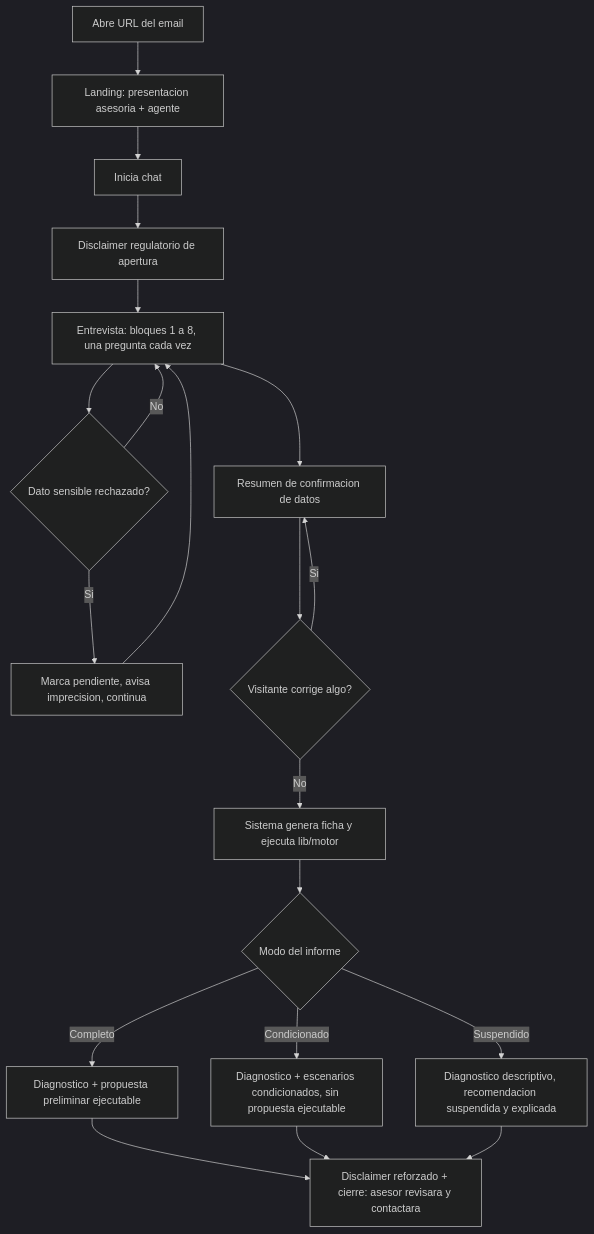
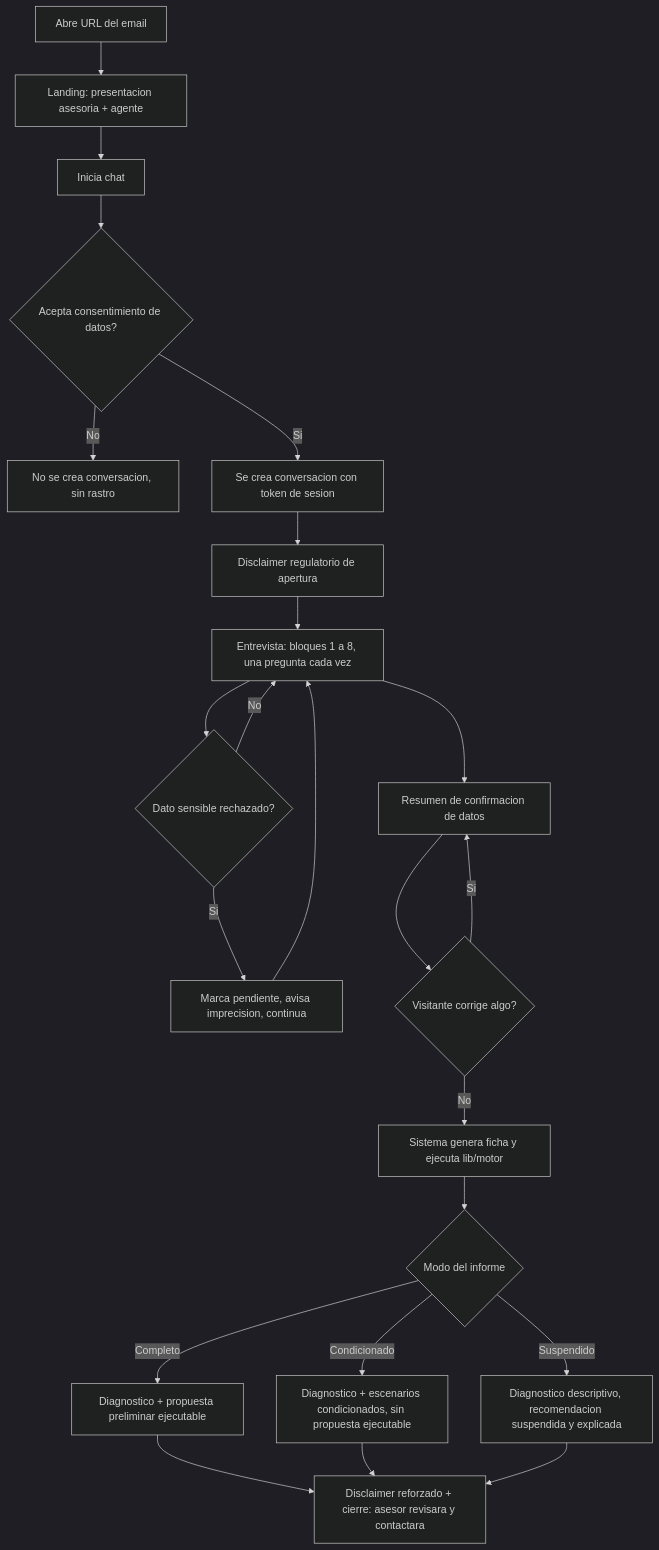
One commit to PuenteDigitalEu/financiero-clase changed the first of 2 diagrams in docs/user-flows.md. Above: the diagram before and after it, drawn with Mermaid (dark theme). The commit also changed other lines of this file and 6 other files, not shown here.

````diff
--- a/docs/user-flows.md
+++ b/docs/user-flows.md
@@ -49,22 +55,25 @@
 ```mermaid
 flowchart TD
   A[Abre URL del email] --> B[Landing: presentacion asesoria + agente]
   B --> C[Inicia chat]
-  C --> D[Disclaimer regulatorio de apertura]
+  C --> C2{Acepta consentimiento de datos?}
+  C2 -->|No| C3[No se crea conversacion, sin rastro]
+  C2 -->|Si| C4[Se crea conversacion con token de sesion]
+  C4 --> D[Disclaimer regulatorio de apertura]
   D --> E[Entrevista: bloques 1 a 8, una pregunta cada vez]
   E --> F{Dato sensible rechazado?}
   F -->|Si| G[Marca pendiente, avisa imprecision, continua]
   G --> E
   F -->|No| E
   E --> H[Resumen de confirmacion de datos]
   H --> I{Visitante corrige algo?}
   I -->|Si| H
   I -->|No| J[Sistema genera ficha y ejecuta lib/motor]
   J --> K{Modo del informe}
   K -->|Completo| L[Diagnostico + propuesta preliminar ejecutable]
   K -->|Condicionado| M[Diagnostico + escenarios condicionados, sin propuesta ejecutable]
   K -->|Suspendido| N[Diagnostico descriptivo, recomendacion suspendida y explicada]
   L --> O[Disclaimer reforzado + cierre: asesor revisara y contactara]
   M --> O
   N --> O
 ```
````
